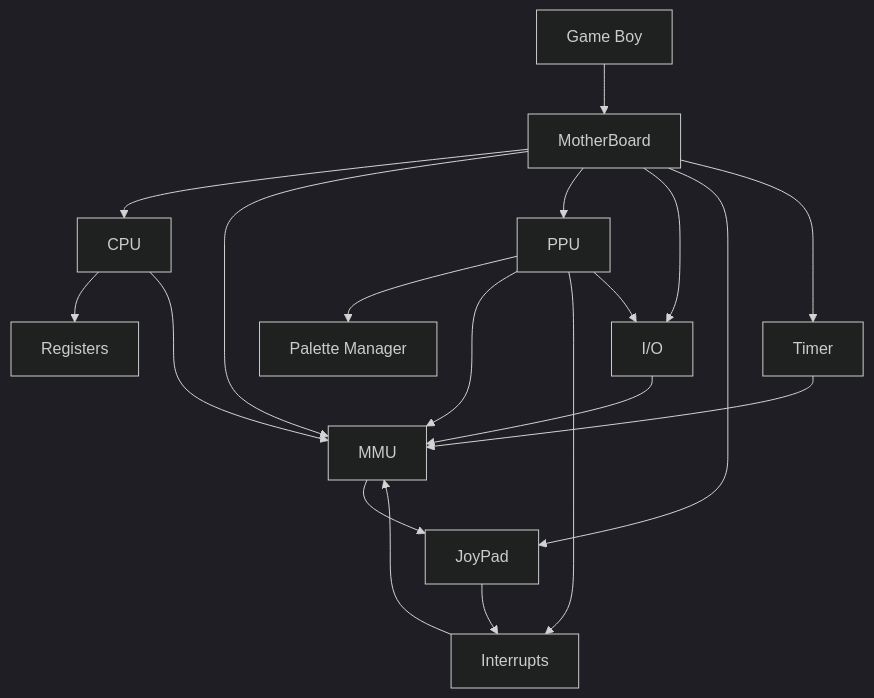
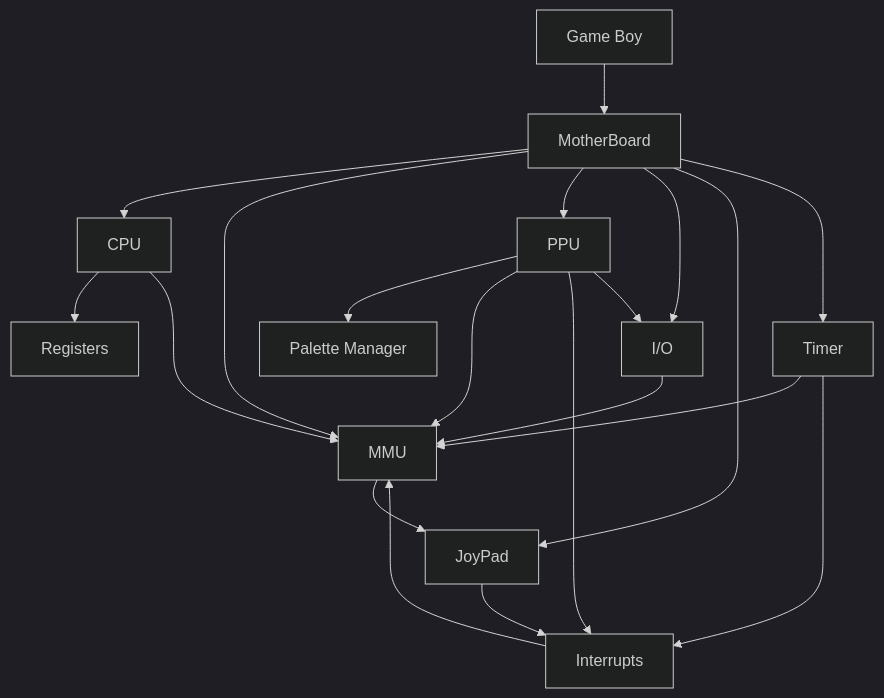
One commit to MarcAlx/gb changed the diagram in src/packages/GBKit/README.md. Above: the diagram before and after it, drawn with Mermaid (dark theme). The commit also changed 1 other file, not shown here.

Commit message:
[improve] implement timer interrupt

````diff
--- a/src/packages/GBKit/README.md
+++ b/src/packages/GBKit/README.md
@@ -9,40 +9,41 @@
 ```mermaid
 graph TB;
   GB[Game Boy]
   MB[MotherBoard]
   CPU[CPU]
   MMU[MMU]
   IO[I/O]
   JOY[JoyPad]
   R[Registers]
   INT[Interrupts]
   PM[Palette Manager]
   TIM[Timer]
 
   GB --> MB;
 
   MB --> CPU;
   MB --> MMU;
   MB --> PPU;
   MB --> IO;
   MB --> JOY;
   MB --> TIM;
 
   TIM --> MMU;
+  TIM --> INT;
 
   INT --> MMU;
 
   CPU --> R;
   CPU ---> MMU;
 
   PPU --> PM;
   PPU --> MMU;
   PPU --> INT;
   PPU --> IO;
 
   IO --> MMU;
   
   MMU --> JOY
   JOY --> INT
   
 ```
````
